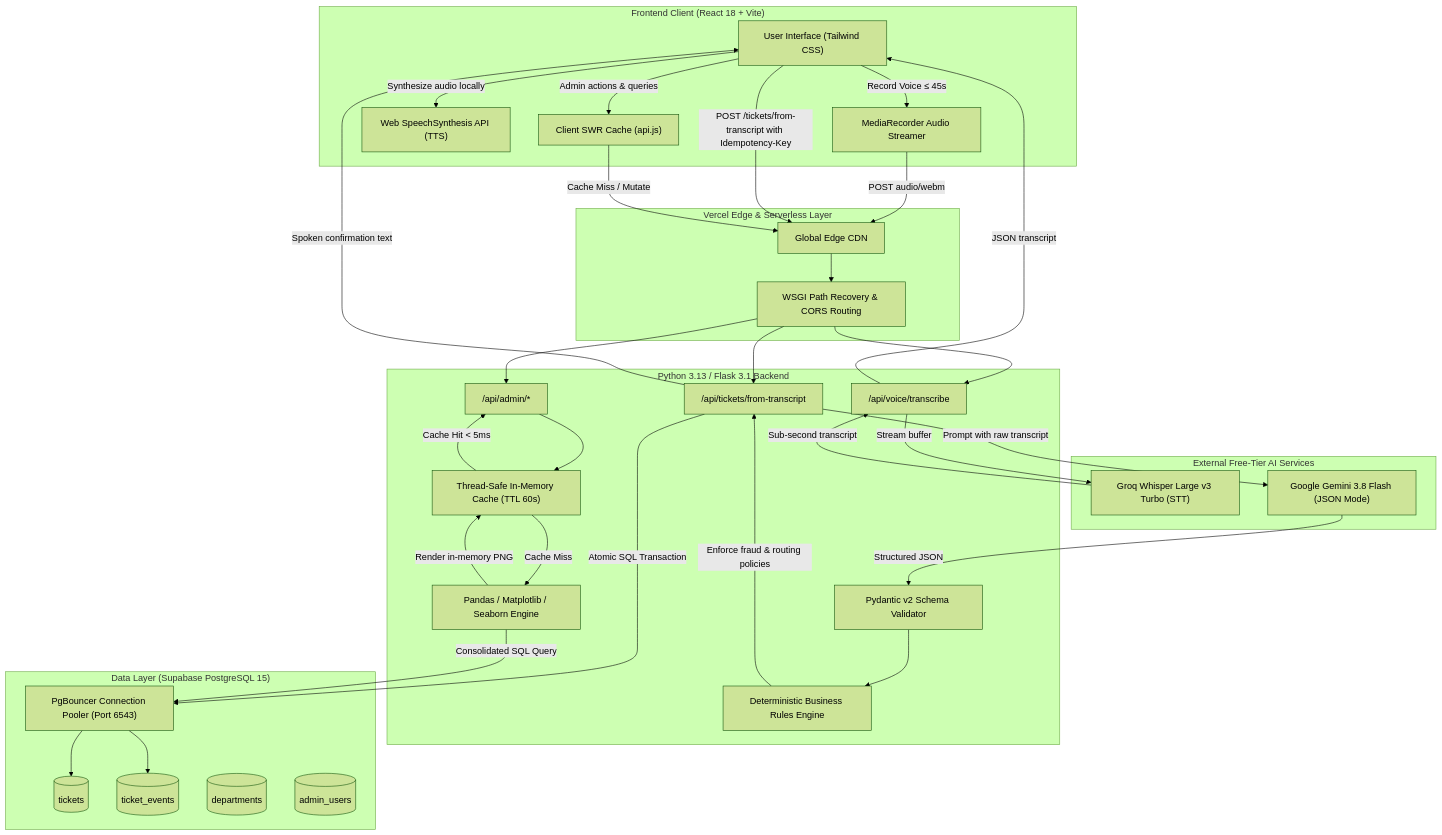
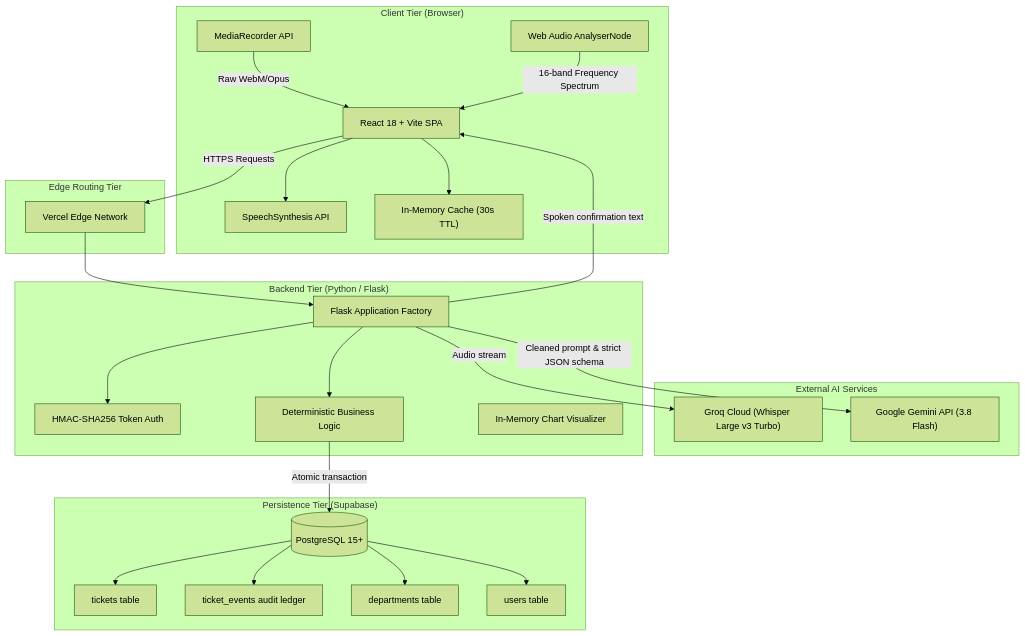
One commit to naman-kumar1212/VoxDesk-AI changed the second of 2 diagrams in README.md. Above: the diagram before and after it, drawn with Mermaid (forest theme). The commit also changed other lines of this file and 17 other files, not shown here.

````diff
--- a/README.md
+++ b/README.md
@@ -115,69 +162,51 @@
 ```mermaid
 flowchart TD
-    subgraph Client["Frontend Client (React 18 + Vite)"]
-        UI["User Interface (Tailwind CSS)"]
-        Rec["MediaRecorder Audio Streamer"]
-        Speech["Web SpeechSynthesis API (TTS)"]
-        SWR["Client SWR Cache (api.js)"]
+    subgraph Client ["Client Tier (Browser)"]
+        UI["React 18 + Vite SPA"]
+        Audio["MediaRecorder API"]
+        AudioVis["Web Audio AnalyserNode"]
+        Speech["SpeechSynthesis API"]
+        SWR["In-Memory Cache (30s TTL)"]
     end
 
-    subgraph Edge["Vercel Edge & Serverless Layer"]
-        CDN["Global Edge CDN"]
-        Router["WSGI Path Recovery & CORS Routing"]
+    subgraph CDN ["Edge Routing Tier"]
+        VercelEdge["Vercel Edge Network"]
     end
 
-    subgraph Backend["Python 3.13 / Flask 3.1 Backend"]
-        VoiceRoute["/api/voice/transcribe"]
-        TicketRoute["/api/tickets/from-transcript"]
-        AdminRoute["/api/admin/*"]
-        RulesEngine["Deterministic Business Rules Engine"]
-        Validator["Pydantic v2 Schema Validator"]
-        CacheMgr["Thread-Safe In-Memory Cache (TTL 60s)"]
-        AnalyticsEngine["Pandas / Matplotlib / Seaborn Engine"]
+    subgraph Services ["External AI Services"]
+        Groq["Groq Cloud (Whisper Large v3 Turbo)"]
+        Gemini["Google Gemini API (3.8 Flash)"]
     end
 
-    subgraph ExternalAI["External Free-Tier AI Services"]
-        Groq["Groq Whisper Large v3 Turbo (STT)"]
-        Gemini["Google Gemini 3.8 Flash (JSON Mode)"]
+    subgraph BackendTier ["Backend Tier (Python / Flask)"]
+        API["Flask Application Factory"]
+        AuthMid["HMAC-SHA256 Token Auth"]
+        RulesEngine["Deterministic Business Logic"]
+        AnalyticsEngine["In-Memory Chart Visualizer"]
     end
 
-    subgraph Database["Data Layer (Supabase PostgreSQL 15)"]
-        Pooler["PgBouncer Connection Pooler (Port 6543)"]
-        TicketsTable[("tickets")]
-        EventsTable[("ticket_events")]
-        DeptsTable[("departments")]
-        UsersTable[("admin_users")]
+    subgraph DatabaseTier ["Persistence Tier (Supabase)"]
+        Postgres[("PostgreSQL 15+")]
+        TicketsTable["tickets table"]
+        EventsTable["ticket_events audit ledger"]
+        DeptsTable["departments table"]
+        UsersTable["users table"]
     end
 
-    %% Client Interactions
-    UI -->|Record Voice ≤ 45s| Rec
-    Rec -->|POST audio/webm| CDN
-    CDN --> Router
-    Router --> VoiceRoute
-    VoiceRoute -->|Stream buffer| Groq
-    Groq -->|Sub-second transcript| VoiceRoute
-    VoiceRoute -->|JSON transcript| UI
-
-    %% Ticket Submission
-    UI -->|POST /tickets/from-transcript with Idempotency-Key| CDN
-    Router --> TicketRoute
-    TicketRoute -->|Prompt with raw transcript| Gemini
-    Gemini -->|Structured JSON| Validator
-    Validator --> RulesEngine
-    RulesEngine -->|Enforce fraud & routing policies| TicketRoute
-    TicketRoute -->|Atomic SQL Transaction| Pooler
-    Pooler --> TicketsTable
-    Pooler --> EventsTable
-    TicketRoute -->|Spoken confirmation text| UI
-    UI -->|Synthesize audio locally| Speech
-
-    %% Admin & Analytics Interactions
-    UI -->|Admin actions & queries| SWR
-    SWR -->|Cache Miss / Mutate| CDN
-    Router --> AdminRoute
-    AdminRoute --> CacheMgr
-    CacheMgr -->|Cache Hit < 5ms| AdminRoute
-    CacheMgr -->|Cache Miss| AnalyticsEngine
-    AnalyticsEngine -->|Consolidated SQL Query| Pooler
-    AnalyticsEngine -->|Render in-memory PNG| CacheMgr
+    Audio -->|Raw WebM/Opus| UI
+    AudioVis -->|16-band Frequency Spectrum| UI
+    UI -->|HTTPS Requests| VercelEdge
+    VercelEdge --> API
+    API --> AuthMid
+    API -->|Audio stream| Groq
+    API -->|Cleaned prompt & strict JSON schema| Gemini
+    API --> RulesEngine
+    RulesEngine -->|Atomic transaction| Postgres
+    Postgres --> TicketsTable
+    Postgres --> EventsTable
+    Postgres --> DeptsTable
+    Postgres --> UsersTable
+    API -->|Spoken confirmation text| UI
+    UI --> Speech
+    UI --> SWR
 ```
````
